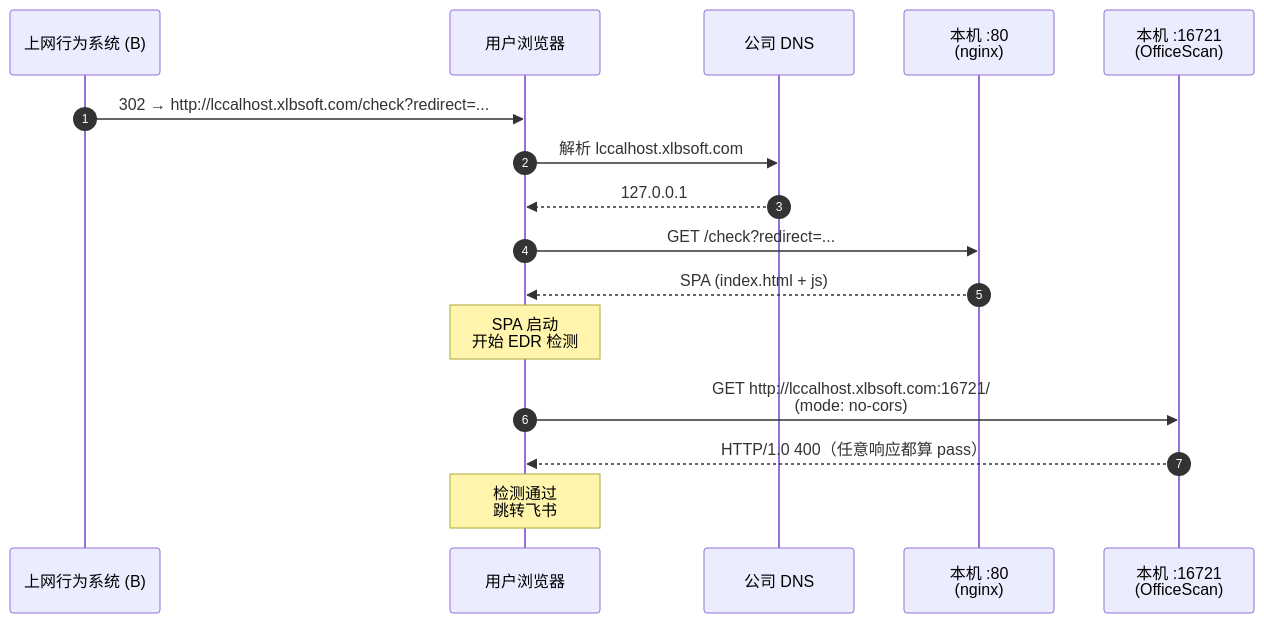
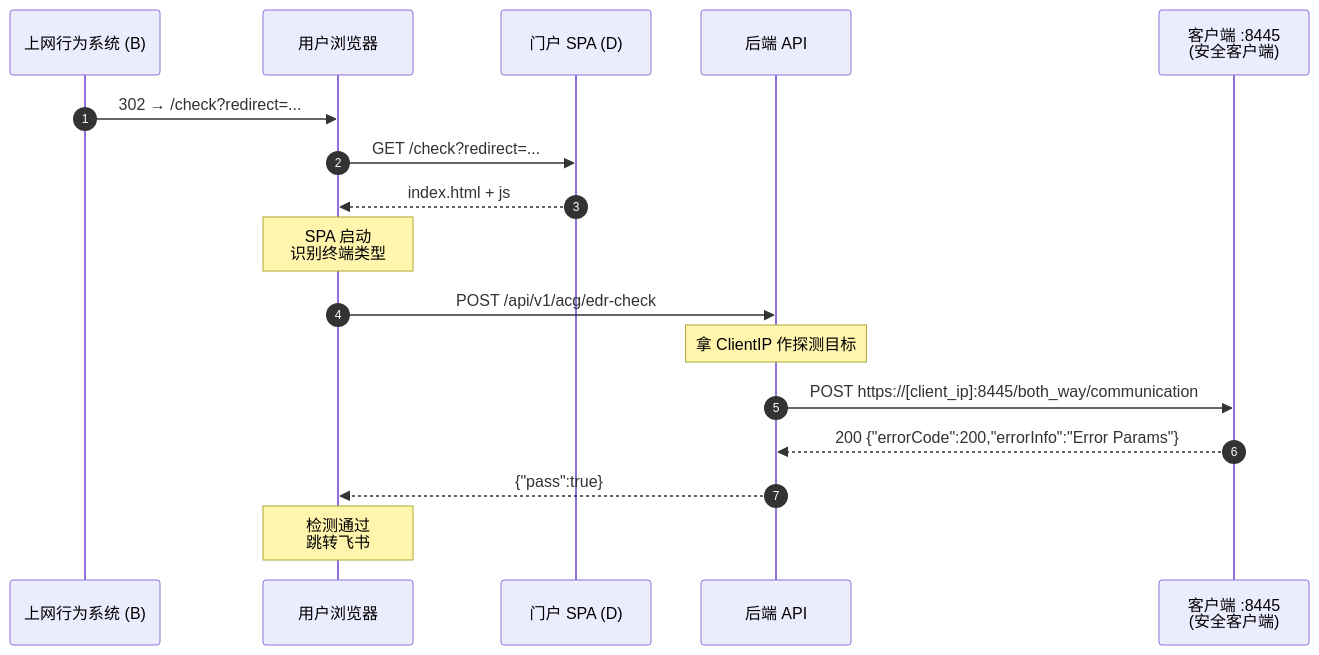
One commit to lyonsdpy/matrix changed the second of 4 diagrams in apps/acg-checker/README.md. Above: the diagram before and after it, drawn with Mermaid. The commit also changed other lines of this file and 6 other files, not shown here.

````diff
--- a/apps/acg-checker/README.md
+++ b/apps/acg-checker/README.md
@@ -106,19 +102,20 @@
 ```mermaid
 sequenceDiagram
     autonumber
     participant B as 上网行为系统 (B)
     participant Browser as 用户浏览器
-    participant DNS as 公司 DNS
-    participant Local as 本机 :80<br/>(nginx)
-    participant OS as 本机 :16721<br/>(OfficeScan)
+    participant SPA as 门户 SPA (D)
+    participant API as 后端 API
+    participant PC as 客户端 :8445<br/>(安全客户端)
 
-    B->>Browser: 302 → http://lccalhost.xlbsoft.com/check?redirect=...
-    Browser->>DNS: 解析 lccalhost.xlbsoft.com
-    DNS-->>Browser: 127.0.0.1
-    Browser->>Local: GET /check?redirect=...
-    Local-->>Browser: SPA (index.html + js)
-    Note over Browser: SPA 启动<br/>开始 EDR 检测
-    Browser->>OS: GET http://lccalhost.xlbsoft.com:16721/<br/>(mode: no-cors)
-    OS-->>Browser: HTTP/1.0 400（任意响应都算 pass）
+    B->>Browser: 302 → /check?redirect=...
+    Browser->>SPA: GET /check?redirect=...
+    SPA-->>Browser: index.html + js
+    Note over Browser: SPA 启动<br/>识别终端类型
+    Browser->>API: POST /api/v1/acg/edr-check
+    Note over API: 拿 ClientIP 作探测目标
+    API->>PC: POST https://[client_ip]:8445/both_way/communication
+    PC-->>API: 200 {"errorCode":200,"errorInfo":"Error Params"}
+    API-->>Browser: {"pass":true}
     Note over Browser: 检测通过<br/>跳转飞书
 ```
````
